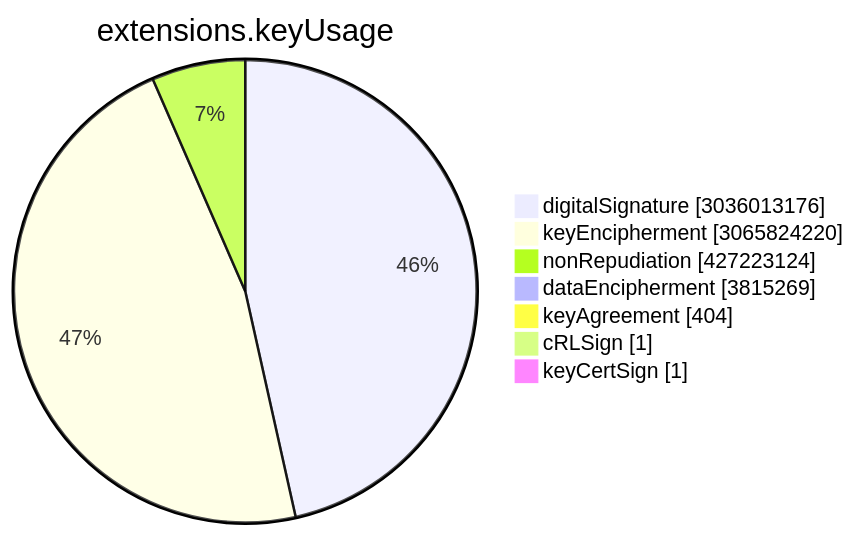
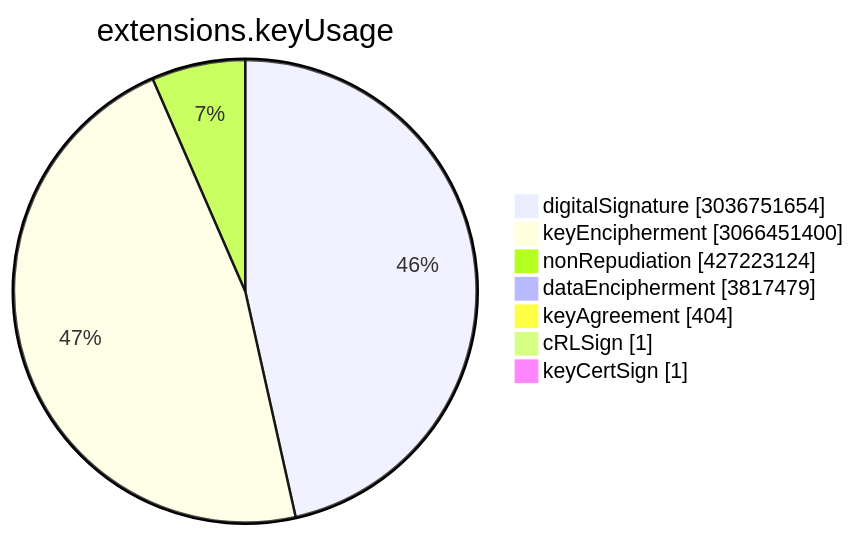
One commit to christiankrug/ctmonitor_visualization changed the sixth of 15 diagrams in TOTAL/README.md. Above: the diagram before and after it, drawn with Mermaid. The commit also changed other lines of this file, not shown here.

````diff
--- a/TOTAL/README.md
+++ b/TOTAL/README.md
@@ -3077,11 +3077,11 @@
 ```mermaid
 pie showData
 title extensions.keyUsage
-"digitalSignature" :3036013176
-"keyEncipherment" :3065824220
+"digitalSignature" :3036751654
+"keyEncipherment" :3066451400
 "nonRepudiation" :427223124
-"dataEncipherment" :3815269
+"dataEncipherment" :3817479
 "keyAgreement" :404
 "cRLSign" :1
 "keyCertSign" :1
 ```
````
